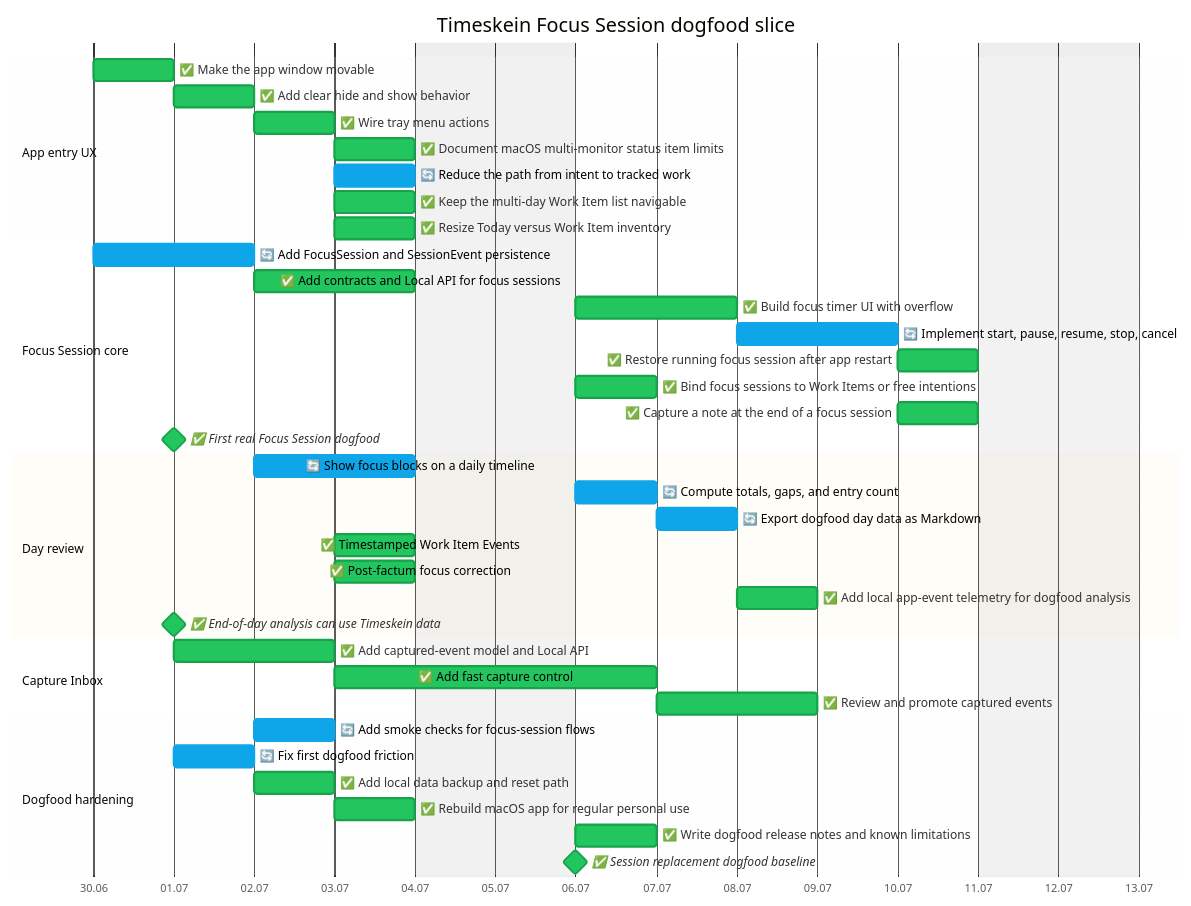
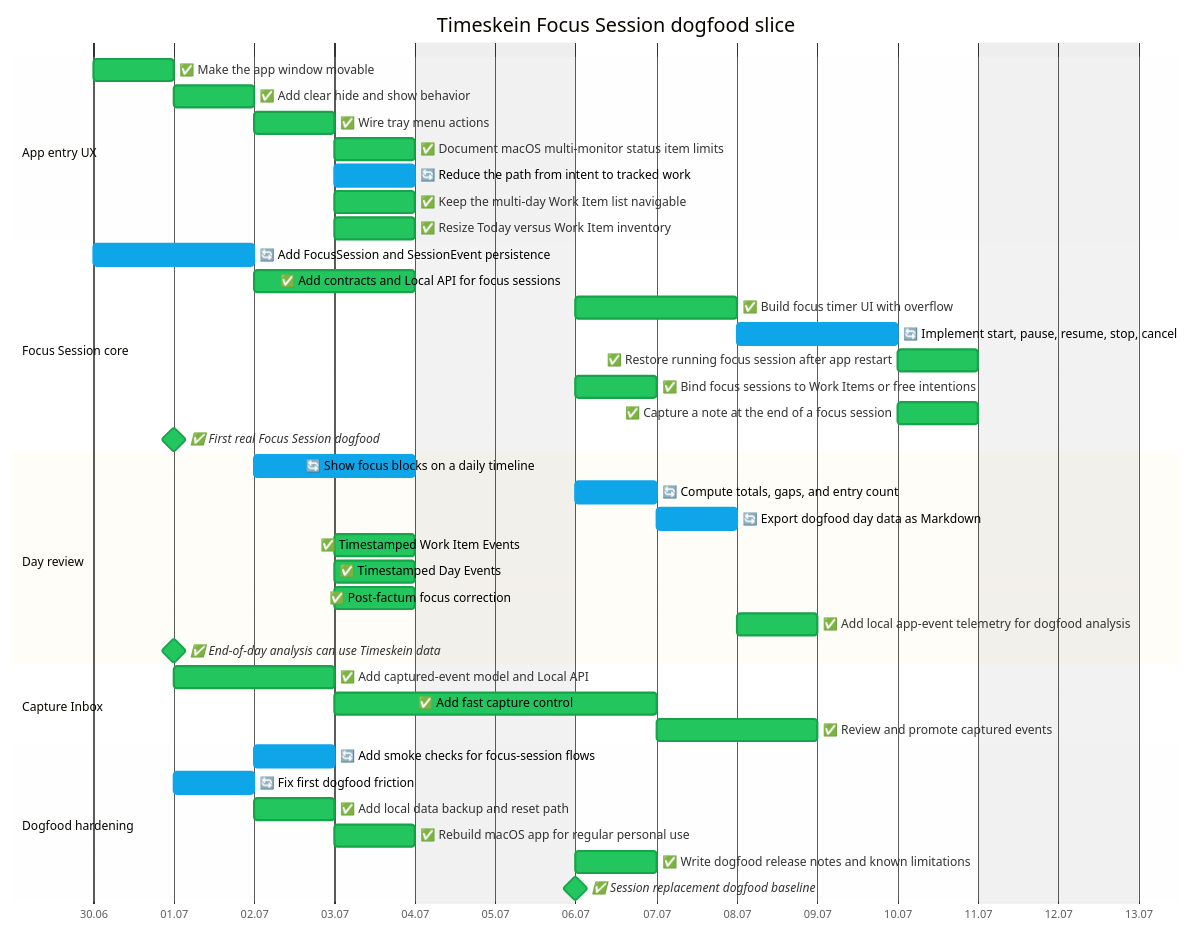
One commit to asukhodko/timeskein changed the second of 2 diagrams in docs/roadmap/opskarta.md. Above: the diagram before and after it, drawn with Mermaid. The commit also changed other lines of this file and 3 other files, not shown here.

Commit message:
docs: align dogfood roadmap evidence

````diff
--- a/docs/roadmap/opskarta.md
+++ b/docs/roadmap/opskarta.md
@@ -75,46 +75,47 @@
 ```mermaid
 %%{init: {"theme": "base", "themeVariables": {"taskBkgColor": "#9ca3af", "taskBorderColor": "#4b5563", "taskTextColor": "#000000", "taskTextDarkColor": "#000000", "taskTextLightColor": "#000000", "activeTaskBkgColor": "#0ea5e9", "activeTaskBorderColor": "#0ea5e9", "doneTaskBkgColor": "#22c55e", "doneTaskBorderColor": "#16a34a", "critBkgColor": "#fecaca", "critBorderColor": "#fecaca", "todayLineColor": "#ef4444"}} }%%
 
 gantt
     title Timeskein Focus Session dogfood slice
     dateFormat YYYY-MM-DD
     axisFormat %d.%m
     excludes weekends
 
     section App entry UX
     ✅ Make the app window movable  :done, ts_ux_entry_window_drag,    2026-06-30, 1d
     ✅ Add clear hide and show behavior  :done, ts_ux_entry_hide_toggle,    2026-07-01, 1d
     ✅ Wire tray menu actions  :done, ts_ux_entry_tray_actions,    2026-07-02, 1d
     ✅ Document macOS multi-monitor status item limits  :done, ts_ux_entry_monitor_policy,    2026-07-03, 1d
     🔄 Reduce the path from intent to tracked work  :active, ts_ux_entry_fast_track_flow,    2026-07-03, 1d
     ✅ Keep the multi-day Work Item list navigable  :done, ts_ux_entry_inventory_modes,    2026-07-03, 1d
     ✅ Resize Today versus Work Item inventory  :done, ts_ux_entry_resizable_today_split,    2026-07-03, 1d
     section Focus Session core
     🔄 Add FocusSession and SessionEvent persistence  :active, ts_focus_core_model_migrations,    2026-06-30, 2d
     ✅ Add contracts and Local API for focus sessions  :done, ts_focus_core_contracts_api,    2026-07-02, 2d
     ✅ Build focus timer UI with overflow  :done, ts_focus_core_timer_ui,    2026-07-06, 2d
     🔄 Implement start, pause, resume, stop, cancel  :active, ts_focus_core_session_lifecycle,    2026-07-08, 2d
     ✅ Restore running focus session after app restart  :done, ts_focus_core_restart_restore,    2026-07-10, 1d
     ✅ Bind focus sessions to Work Items or free intentions  :done, ts_focus_core_work_item_binding,    2026-07-06, 1d
     ✅ Capture a note at the end of a focus session  :done, ts_focus_core_session_notes,    2026-07-10, 1d
     ✅ First real Focus Session dogfood  :milestone, done, ts_focus_core_dogfood_gate,    2026-07-01, 0d
     section Day review
     🔄 Show focus blocks on a daily timeline  :active, ts_day_review_timeline,    2026-07-02, 2d
     🔄 Compute totals, gaps, and entry count  :active, ts_day_review_totals_gaps,    2026-07-06, 1d
     🔄 Export dogfood day data as Markdown  :active, ts_day_review_export,    2026-07-07, 1d
     ✅ Timestamped Work Item Events  :done, ts_day_review_work_item_events,    2026-07-03, 1d
+    ✅ Timestamped Day Events  :done, ts_day_review_day_events,    2026-07-03, 1d
     ✅ Post-factum focus correction  :done, ts_day_review_corrections,    2026-07-03, 1d
     ✅ Add local app-event telemetry for dogfood analysis  :done, ts_day_review_app_telemetry,    2026-07-08, 1d
     ✅ End-of-day analysis can use Timeskein data  :milestone, done, ts_day_review_analysis_gate,    2026-07-01, 0d
     section Capture Inbox
     ✅ Add captured-event model and Local API  :done, ts_capture_model_api,    2026-07-01, 2d
     ✅ Add fast capture control  :done, ts_capture_quick_ui,    2026-07-03, 2d
     ✅ Review and promote captured events  :done, ts_capture_review_flow,    2026-07-07, 2d
     section Dogfood hardening
     🔄 Add smoke checks for focus-session flows  :active, ts_hardening_smoke,    2026-07-02, 1d
     🔄 Fix first dogfood friction  :active, ts_hardening_post_dogfood_friction,    2026-07-01, 1d
     ✅ Add local data backup and reset path  :done, ts_hardening_backup_reset,    2026-07-02, 1d
     ✅ Rebuild macOS app for regular personal use  :done, ts_hardening_package_app,    2026-07-03, 1d
     ✅ Write dogfood release notes and known limitations  :done, ts_hardening_release_notes,    2026-07-06, 1d
     ✅ Session replacement dogfood baseline  :milestone, done, ts_hardening_dogfood_release,    2026-07-06, 0d
 ```
````
